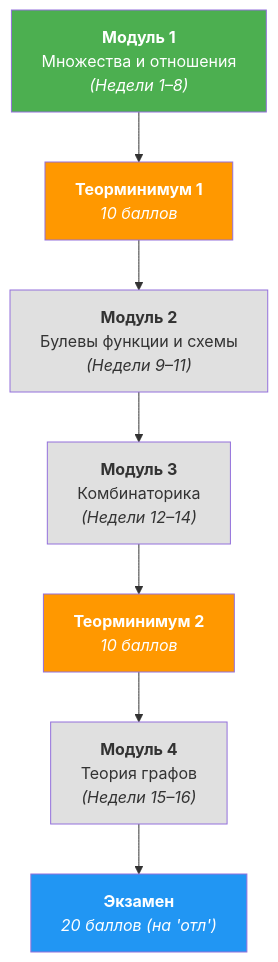
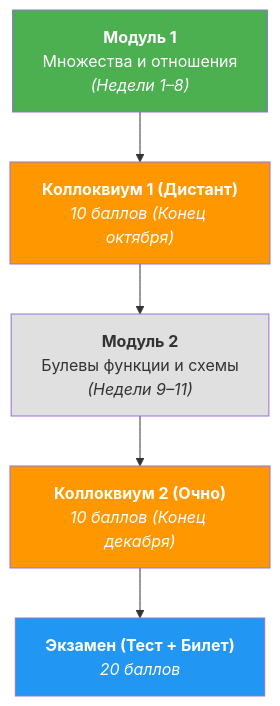
The diagram in Конспекты/1 семестр/Дискретная математика/Дискретная математика.md (Kefirleos/itmo-vault), drawn with Mermaid before and after one commit. The commit also changed other lines of this file and 8 other files, not shown here.

````diff
--- a/Конспекты/1 семестр/Дискретная математика/Дискретная математика.md
+++ b/Конспекты/1 семестр/Дискретная математика/Дискретная математика.md
@@ -54,17 +70,13 @@
 ```mermaid
 graph TD
-    M1["<b>Модуль 1</b><br>Множества и отношения<br><i>(Недели 1–8)</i>"] --> TM1["<b>Теорминимум 1</b><br><i>10 баллов</i>"]
+    M1["<b>Модуль 1</b><br>Множества и отношения<br><i>(Недели 1–8)</i>"] --> TM1["<b>Коллоквиум 1 (Дистант)</b><br><i>10 баллов (Конец октября)</i>"]
     TM1 --> M2["<b>Модуль 2</b><br>Булевы функции и схемы<br><i>(Недели 9–11)</i>"]
-    M2 --> M3["<b>Модуль 3</b><br>Комбинаторика<br><i>(Недели 12–14)</i>"]
-    M3 --> TM2["<b>Теорминимум 2</b><br><i>10 баллов</i>"]
-    TM2 --> M4["<b>Модуль 4</b><br>Теория графов<br><i>(Недели 15–16)</i>"]
-    M4 --> EXAM["<b>Экзамен</b><br><i>20 баллов (на 'отл')</i>"]
+    M2 --> TM2["<b>Коллоквиум 2 (Очно)</b><br><i>10 баллов (Конец декабря)</i>"]
+    TM2 --> EXAM["<b>Экзамен (Тест + Билет)</b><br><i>20 баллов</i>"]
 
     style M1 fill:#4CAF50,color:#fff
     style TM1 fill:#ff9800,color:#fff
     style M2 fill:#e0e0e0,color:#333
-    style M3 fill:#e0e0e0,color:#333
     style TM2 fill:#ff9800,color:#fff
-    style M4 fill:#e0e0e0,color:#333
     style EXAM fill:#2196F3,color:#fff
 ```
````
